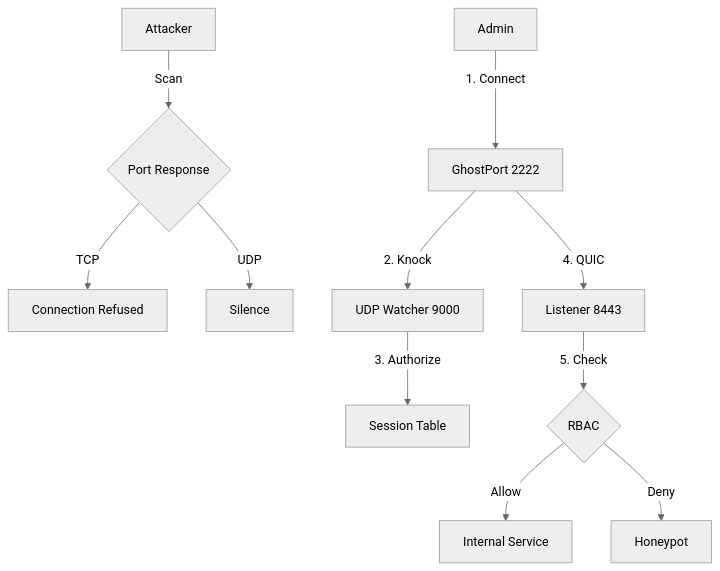
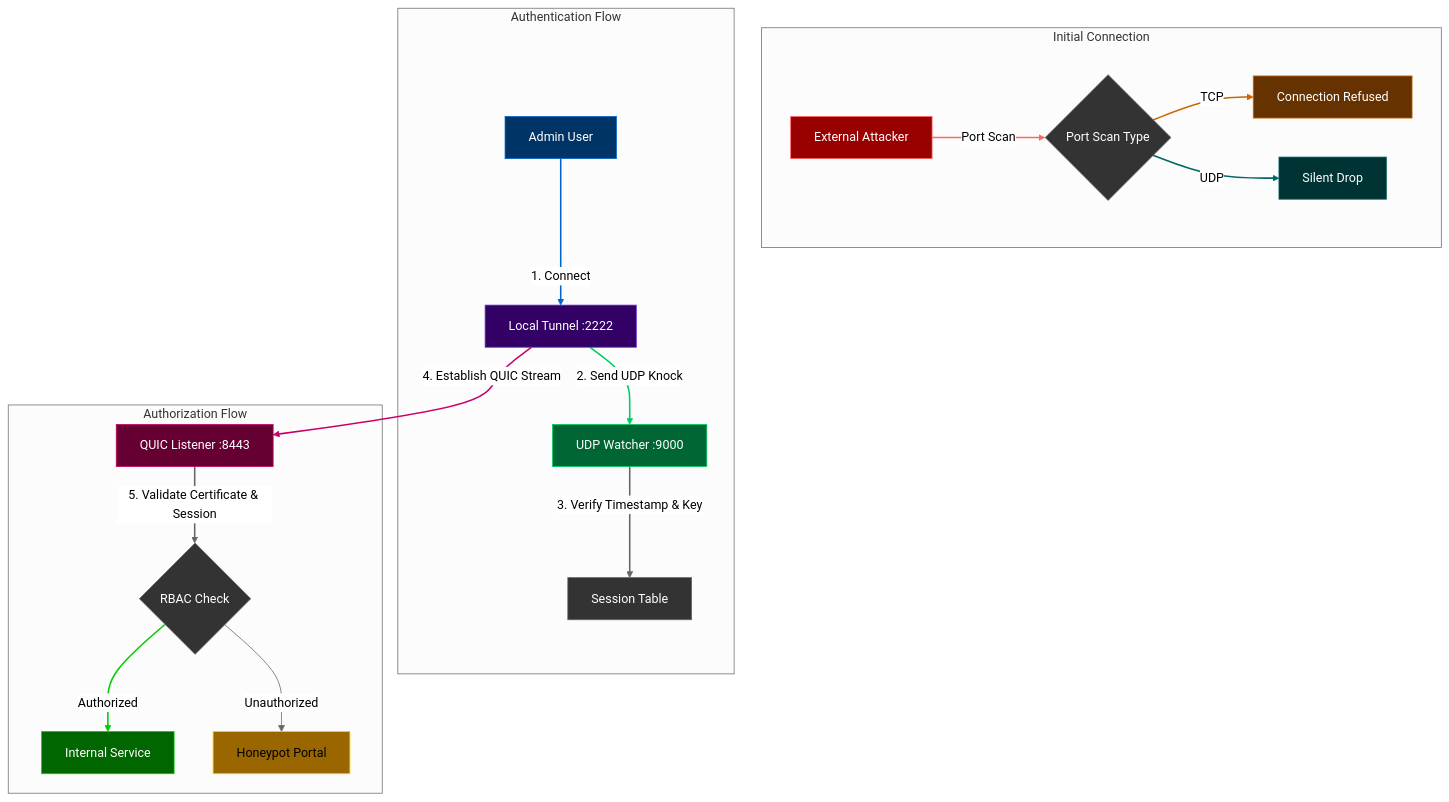
Before and after one commit to PeteMadCoder/GhostPort: the diagram in README.md, drawn with Mermaid (neutral theme). The commit also changed other lines of this file and 17 other files, not shown here.

Commit message:
GhostPort v5.1

````diff
--- a/README.md
+++ b/README.md
@@ -40,15 +20,47 @@
 ```mermaid
 graph TD
-    A[Attacker] -->|Scan| B{Port Response}
-    B -->|TCP| C[Connection Refused]
-    B -->|UDP| D[Silence]
+    subgraph "Initial Connection"
+        A[External Attacker] -->|Port Scan| B{Port Scan Type}
+        B -->|TCP| C[Connection Refused]
+        B -->|UDP| D[Silent Drop]
+    end
     
-    E[Admin] -->|1. Connect| F[GhostPort 2222]
-    F -->|2. Knock| G[UDP Watcher 9000]
-    G -->|3. Authorize| H[Session Table]
+    subgraph "Authentication Flow"
+        E[Admin User] -->|1. Connect| F[Local Tunnel :2222]
+        F -->|2. Send UDP Knock| G[UDP Watcher :9000]
+        G -->|3. Verify Timestamp & Key| H[Session Table]
+    end
     
-    F -->|4. QUIC| I[Listener 8443]
-    I -->|5. Check| J{RBAC}
-    J -->|Allow| K[Internal Service]
-    J -->|Deny| L[Honeypot]
+    subgraph "Authorization Flow"
+        F -->|4. Establish QUIC Stream| I[QUIC Listener :8443]
+        I -->|5. Validate Certificate & Session| J{RBAC Check}
+        J -->|Authorized| K[Internal Service]
+        J -->|Unauthorized| L[Honeypot Portal]
+    end
+    
+    style A fill:#990000,color:#ffffff,stroke:#ff6666
+    style B fill:#333333,color:#ffffff,stroke:#666666
+    style C fill:#663300,color:#ffffff,stroke:#cc6600
+    style D fill:#003333,color:#ffffff,stroke:#006666
+    
+    style E fill:#003366,color:#ffffff,stroke:#0066cc
+    style F fill:#330066,color:#ffffff,stroke:#6633cc
+    style G fill:#006633,color:#ffffff,stroke:#00cc66
+    style H fill:#333333,color:#ffffff,stroke:#666666
+    
+    style I fill:#660033,color:#ffffff,stroke:#cc0066
+    style J fill:#333333,color:#ffffff,stroke:#666666
+    style K fill:#006600,color:#ffffff,stroke:#00cc00
+    style L fill:#996600,color:#000000,stroke:#ffcc00
+    
+    linkStyle 0 stroke:#ff6666,stroke-width:2px
+    linkStyle 1 stroke:#cc6600,stroke-width:2px
+    linkStyle 2 stroke:#006666,stroke-width:2px
+    linkStyle 3 stroke:#0066cc,stroke-width:2px
+    linkStyle 4 stroke:#00cc66,stroke-width:2px
+    linkStyle 5 stroke:#666666,stroke-width:2px
+    linkStyle 6 stroke:#cc0066,stroke-width:2px
+    linkStyle 7 stroke:#666666,stroke-width:2px
+    linkStyle 8 stroke:#00cc00,stroke-width:2px
+   
 ```
````
